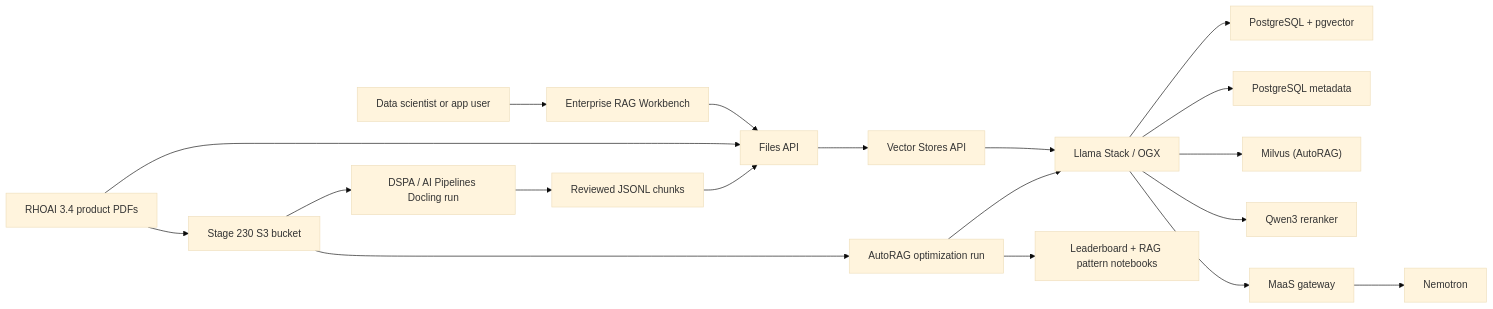
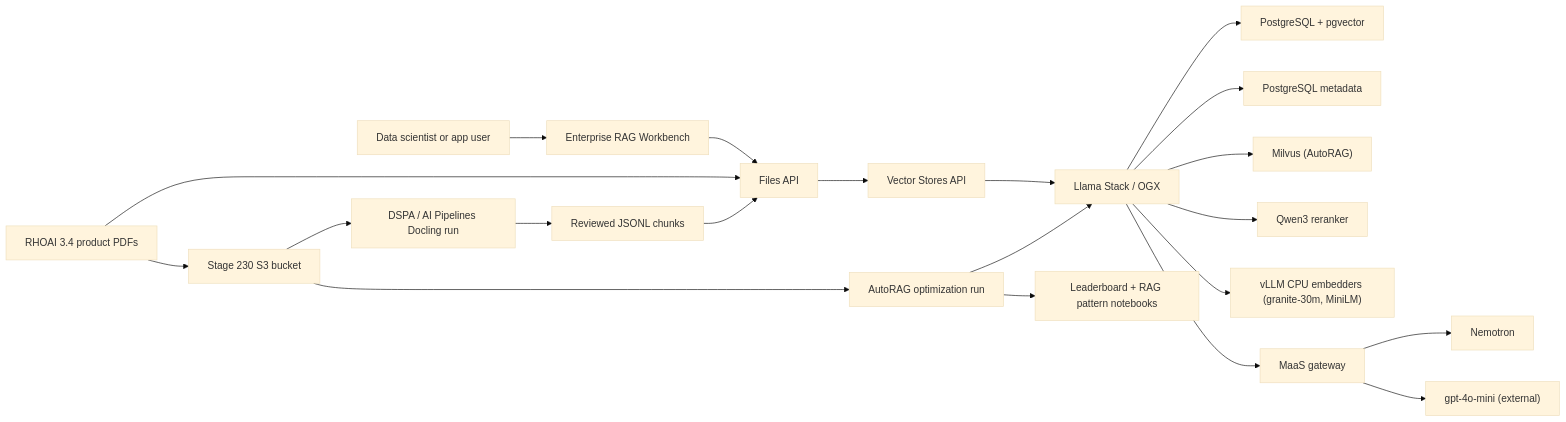
Before and after one commit to adnan-drina/rhoai3-demo: the diagram in stage-230-private-data-rag/README.md, drawn with Mermaid (base theme). The commit also changed other lines of this file and 6 other files, not shown here.

````diff
--- a/stage-230-private-data-rag/README.md
+++ b/stage-230-private-data-rag/README.md
@@ -72,39 +74,43 @@
 ```mermaid
 flowchart LR
   user["Data scientist or app user"]
   rhoai_docs["RHOAI 3.4 product PDFs"]
   workbench["Enterprise RAG Workbench"]
   files["Files API"]
   vectors["Vector Stores API"]
   stack["Llama Stack / OGX"]
   pgvector["PostgreSQL + pgvector"]
   pg["PostgreSQL metadata"]
   milvus["Milvus (AutoRAG)"]
   reranker["Qwen3 reranker"]
+  embedders["vLLM CPU embedders (granite-30m, MiniLM)"]
   maas["MaaS gateway"]
   nemotron["Nemotron"]
+  gpt["gpt-4o-mini (external)"]
   s3["Stage 230 S3 bucket"]
   dspa["DSPA / AI Pipelines Docling run"]
   autorag["AutoRAG optimization run"]
   chunks["Reviewed JSONL chunks"]
   leaderboard["Leaderboard + RAG pattern notebooks"]
 
   user --> workbench
   workbench --> files
   rhoai_docs --> s3
   rhoai_docs --> files
   s3 --> dspa
   dspa --> chunks
   chunks --> files
   files --> vectors
   vectors --> stack
   stack --> pgvector
   stack --> pg
   stack --> milvus
   stack --> reranker
+  stack --> embedders
   stack --> maas
   maas --> nemotron
+  maas --> gpt
   s3 --> autorag
   autorag --> stack
   autorag --> leaderboard
 ```
````
